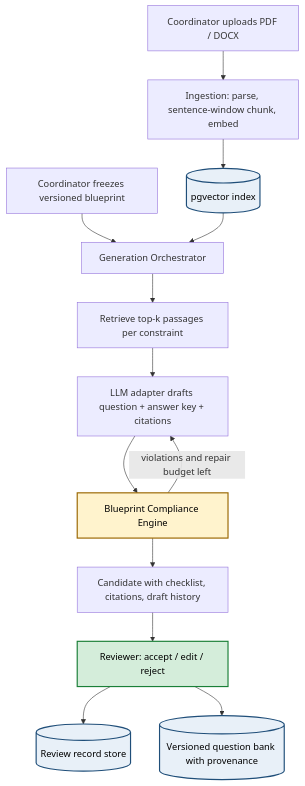
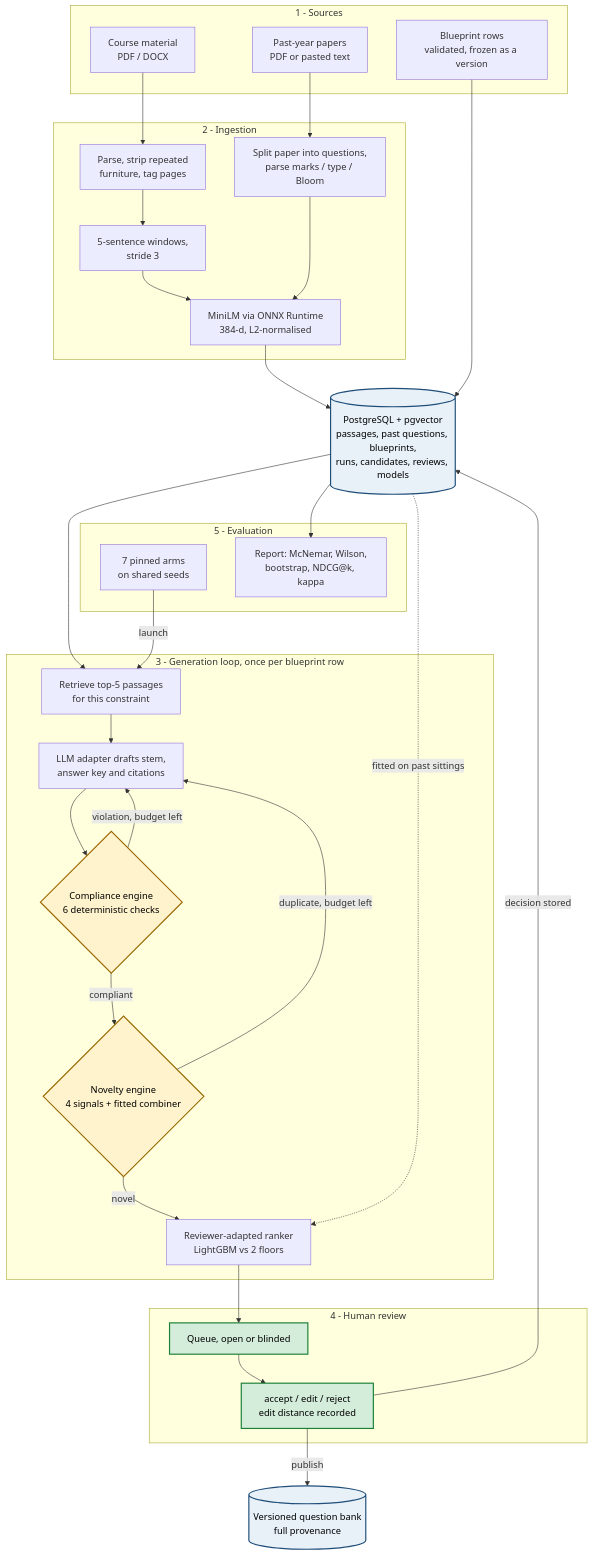
The diagram in README.md (RudrakshChugh/NOVA), drawn with Mermaid before and after one commit. The commit also changed other lines of this file and 48 other files, not shown here.

````diff
--- a/README.md
+++ b/README.md
@@ -33,23 +35,63 @@
 ```mermaid
-graph TD
-    A[Coordinator uploads PDF / DOCX] --> B[Ingestion: parse, sentence-window chunk, embed]
-    B --> C[(pgvector index)]
-    D[Coordinator freezes versioned blueprint] --> E[Generation Orchestrator]
-    C --> E
-    E --> F[Retrieve top-k passages per constraint]
-    F --> G[LLM adapter drafts question + answer key + citations]
-    G --> H[Blueprint Compliance Engine]
-    H -->|violations and repair budget left| G
-    H --> I[Candidate with checklist, citations, draft history]
-    I --> J[Reviewer: accept / edit / reject]
-    J --> K[(Review record store)]
-    J --> L[(Versioned question bank with provenance)]
+graph TB
+    subgraph SRC["1 - Sources"]
+        S1["Course material<br/>PDF / DOCX"]
+        S2["Past-year papers<br/>PDF or pasted text"]
+        S3["Blueprint rows<br/>validated, frozen as a version"]
+    end
+
+    subgraph ING["2 - Ingestion"]
+        I1["Parse, strip repeated<br/>furniture, tag pages"]
+        I2["5-sentence windows,<br/>stride 3"]
+        I4["Split paper into questions,<br/>parse marks / type / Bloom"]
+        I3["MiniLM via ONNX Runtime<br/>384-d, L2-normalised"]
+    end
+
+    DB[("PostgreSQL + pgvector<br/>passages, past questions, blueprints,<br/>runs, candidates, reviews, models")]
+
+    subgraph GEN["3 - Generation loop, once per blueprint row"]
+        G1["Retrieve top-5 passages<br/>for this constraint"]
+        G2["LLM adapter drafts stem,<br/>answer key and citations"]
+        G3{"Compliance engine<br/>6 deterministic checks"}
+        G4{"Novelty engine<br/>4 signals + fitted combiner"}
+        G5["Reviewer-adapted ranker<br/>LightGBM vs 2 floors"]
+    end
+
+    subgraph REV["4 - Human review"]
+        R1["Queue, open or blinded"]
+        R2["accept / edit / reject<br/>edit distance recorded"]
+    end
+
+    BANK[("Versioned question bank<br/>full provenance")]
+
+    subgraph EV["5 - Evaluation"]
+        E1["7 pinned arms<br/>on shared seeds"]
+        E2["Report: McNemar, Wilson,<br/>bootstrap, NDCG@k, kappa"]
+    end
+
+    S1 --> I1 --> I2 --> I3
+    S2 --> I4 --> I3
+    I3 --> DB
+    S3 --> DB
+
+    DB --> G1 --> G2 --> G3
+    G3 -->|"violation, budget left"| G2
+    G3 -->|"compliant"| G4
+    G4 -->|"duplicate, budget left"| G2
+    G4 -->|"novel"| G5
+    G5 --> R1 --> R2
+    R2 -->|"publish"| BANK
+    R2 -->|"decision stored"| DB
+    DB -.->|"fitted on past sittings"| G5
+
+    E1 -->|"launch"| G1
+    DB --> E2
 
     classDef store fill:#e8f0f8,stroke:#1f4e79,stroke-width:2px,color:#000;
     classDef audit fill:#fff3cd,stroke:#9a6700,stroke-width:2px,color:#000;
     classDef human fill:#d4edda,stroke:#1a7f37,stroke-width:2px,color:#000;
 
-    class C,K,L store;
-    class H audit;
-    class J human;
+    class DB,BANK store;
+    class G3,G4 audit;
+    class R1,R2 human;
 ```
````
